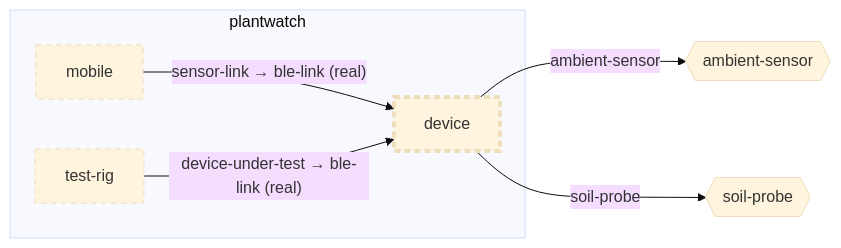
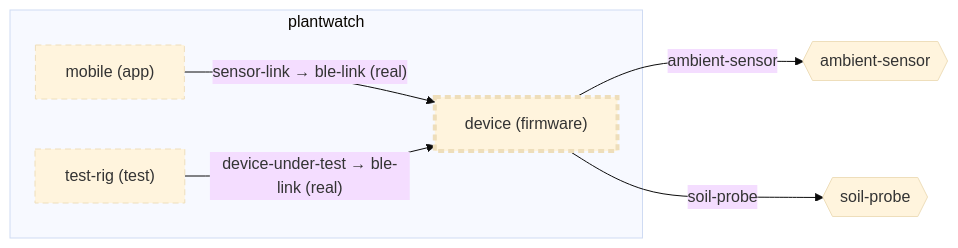
One commit to wackazong/unifold changed the diagram in examples/plantwatch/device/docs/diagrams/context.md. Above: the diagram before and after it, drawn with Mermaid (base theme). The commit also changed other lines of this file and 339 other files, not shown here.

````diff
--- a/examples/plantwatch/device/docs/diagrams/context.md
+++ b/examples/plantwatch/device/docs/diagrams/context.md
@@ -8,20 +8,20 @@
 ```mermaid
 flowchart LR
   subgraph u_root["plantwatch"]
-    u_device["device"]
-    u_mobile["mobile"]
-    u_test_drig["test-rig"]
+    u_device["device (firmware)"]
+    u_mobile["mobile (app)"]
+    u_test_drig["test-rig (test)"]
   end
   n_root___ambient_dsensor{{"ambient-sensor"}}
   n_root___soil_dprobe{{"soil-probe"}}
   u_mobile -->|"sensor-link → ble-link (real)"| u_device
   u_test_drig -->|"device-under-test → ble-link (real)"| u_device
   u_device -->|"ambient-sensor"| n_root___ambient_dsensor
   u_device -->|"soil-probe"| n_root___soil_dprobe
   classDef focus stroke-width:4px
   classDef planned stroke-dasharray:6 4
   classDef deprecated stroke-dasharray:2 2,opacity:0.6
   classDef plain stroke-dasharray:2 3
   class u_device,u_mobile,u_test_drig planned
   class u_device focus
 ```
````
